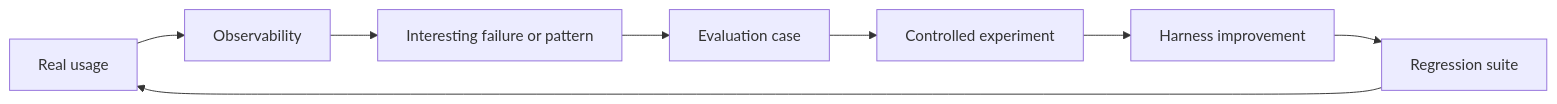
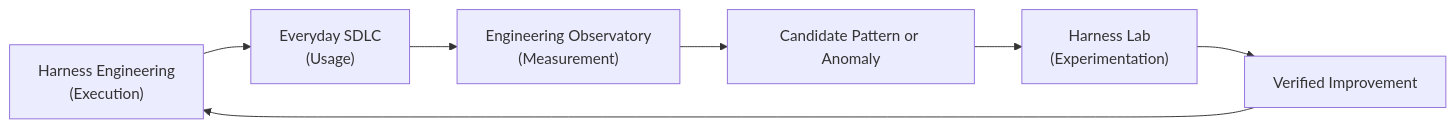
The diagram in docs/en/measure-and-improve/index.md (marcosdh1987/harness-engineering-guide), drawn with Mermaid before and after one commit. The commit also changed other lines of this file and 9 other files, not shown here.

Commit message:
docs: expand Engineering Delivery Observatory guides and add MathJax support

````diff
--- a/docs/en/measure-and-improve/index.md
+++ b/docs/en/measure-and-improve/index.md
@@ -12,10 +14,9 @@
 ```mermaid
 flowchart LR
-    U["Real usage"] --> O["Observability"]
-    O --> F["Interesting failure or pattern"]
-    F --> C["Evaluation case"]
-    C --> E["Controlled experiment"]
-    E --> H["Harness improvement"]
-    H --> R["Regression suite"]
-    R --> U
+    H["Harness Engineering<br/>(Execution)"] --> U["Everyday SDLC<br/>(Usage)"]
+    U --> O["Engineering Observatory<br/>(Measurement)"]
+    O --> F["Candidate Pattern or Anomaly"]
+    F --> LAB["Harness Lab<br/>(Experimentation)"]
+    LAB --> IMP["Verified Improvement"]
+    IMP --> H
 ```
````
